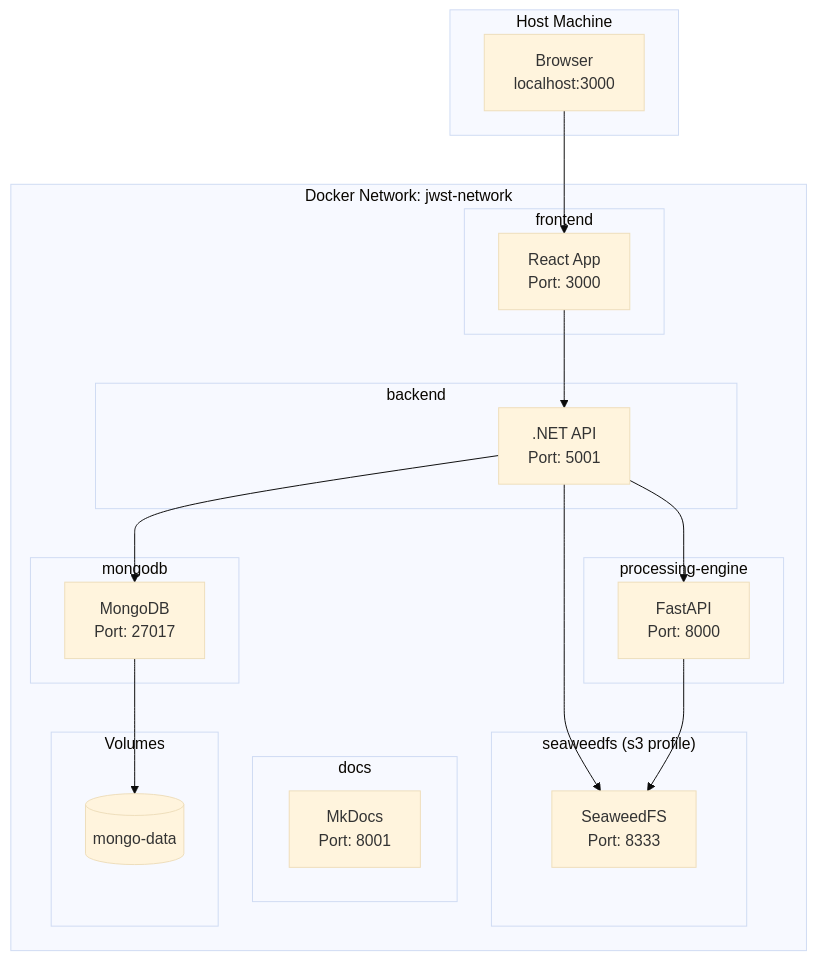
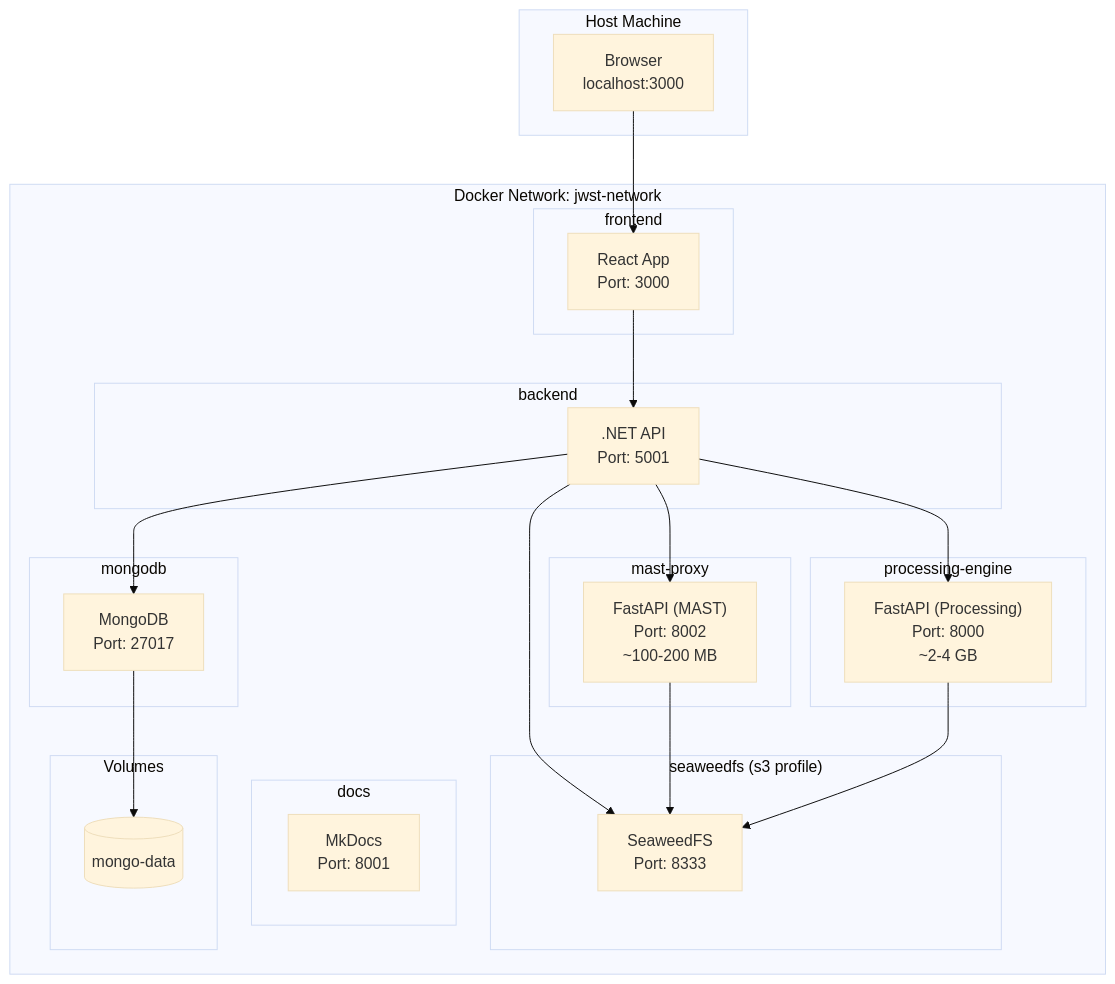
One commit to Snoww3d/jwst-data-analysis changed the diagram in docs/architecture/docker-compose.md. Above: the diagram before and after it, drawn with Mermaid (base theme). The commit also changed 21 other files, not shown here.

First line of the commit message:
feat: extract MAST proxy into separate lightweight service (#734)

````diff
--- a/docs/architecture/docker-compose.md
+++ b/docs/architecture/docker-compose.md
@@ -5,44 +5,50 @@
 ```mermaid
 flowchart TB
     subgraph DockerNetwork["Docker Network: jwst-network"]
         subgraph Frontend["frontend"]
             ReactContainer["React App\nPort: 3000"]
         end
 
         subgraph Backend["backend"]
             DotNetContainer[".NET API\nPort: 5001"]
         end
 
+        subgraph MastProxy["mast-proxy"]
+            MastContainer["FastAPI (MAST)\nPort: 8002\n~100-200 MB"]
+        end
+
         subgraph Processing["processing-engine"]
-            PythonContainer["FastAPI\nPort: 8000"]
+            PythonContainer["FastAPI (Processing)\nPort: 8000\n~2-4 GB"]
         end
 
         subgraph Database["mongodb"]
             MongoContainer["MongoDB\nPort: 27017"]
         end
 
         subgraph Docs["docs"]
             DocsContainer["MkDocs\nPort: 8001"]
         end
 
         subgraph S3Dev["seaweedfs (s3 profile)"]
             SeaweedFS["SeaweedFS\nPort: 8333"]
         end
 
         subgraph Volumes["Volumes"]
             MongoData[("mongo-data")]
         end
     end
 
     subgraph Host["Host Machine"]
         Browser["Browser\nlocalhost:3000"]
     end
 
     Browser --> ReactContainer
     ReactContainer --> DotNetContainer
+    DotNetContainer --> MastContainer
     DotNetContainer --> PythonContainer
     DotNetContainer --> MongoContainer
     DotNetContainer --> SeaweedFS
+    MastContainer --> SeaweedFS
     PythonContainer --> SeaweedFS
     MongoContainer --> MongoData
 ```
````
